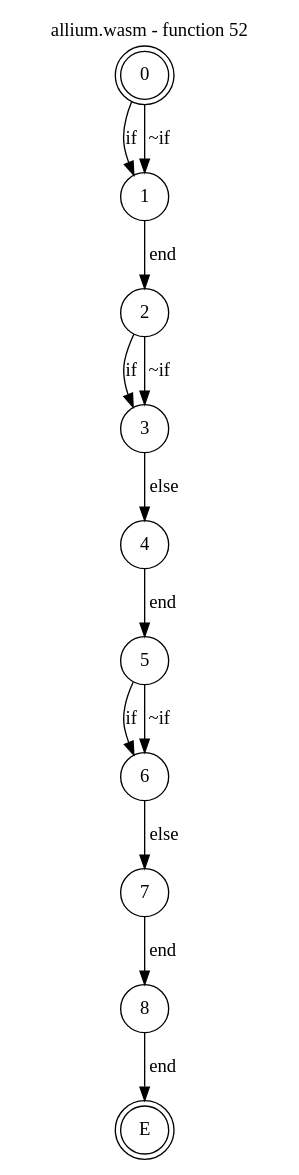
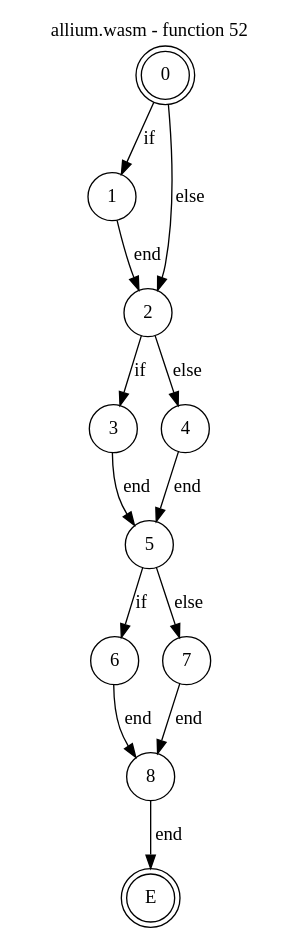
One commit to jsCarleton/wanalyze changed the diagram in test_cases/allium/funcs/allium-func52.dot. Above: the diagram before and after it, drawn with Graphviz. The commit also changed 198 other files, not shown here.

```diff
--- a/test_cases/allium/funcs/allium-func52.dot
+++ b/test_cases/allium/funcs/allium-func52.dot
@@ -1,21 +1,21 @@
 digraph finite_state_machine {
     label = "allium.wasm - function 52"
     labelloc =  t
     labelfontsize = 16
     labelfontcolor = black
     labelfontname = "Helvetica"
     node [shape = doublecircle]; 0 E ;
     node [shape = circle];
     0 -> 1[label="if"];
-    0 -> 1[label="~if"];
+    0 -> 2[label="else"];
     1 -> 2[label="end"];
     2 -> 3[label="if"];
-    2 -> 3[label="~if"];
-    3 -> 4[label="else"];
+    2 -> 4[label="else"];
+    3 -> 5[label="end"];
     4 -> 5[label="end"];
     5 -> 6[label="if"];
-    5 -> 6[label="~if"];
-    6 -> 7[label="else"];
+    5 -> 7[label="else"];
+    6 -> 8[label="end"];
     7 -> 8[label="end"];
     8 -> E[label="end"];
 }
```
